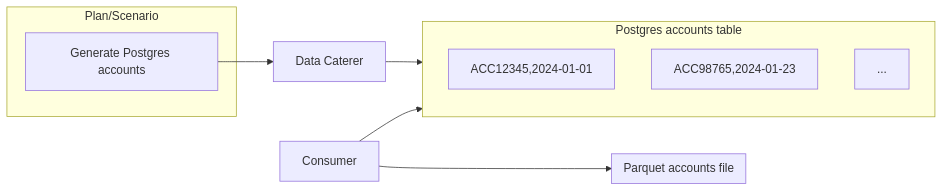
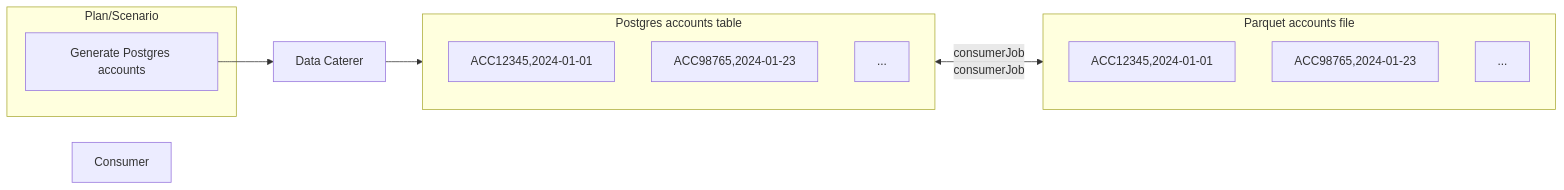
One commit to data-catering/data-caterer-docs changed the second of 2 diagrams in docs/setup/delete-data.md. Above: the diagram before and after it, drawn with Mermaid. The commit also changed 3 other files, not shown here.

Commit message:
Fix mermaid diagrams for delete data

````diff
--- a/docs/setup/delete-data.md
+++ b/docs/setup/delete-data.md
@@ -63,27 +63,27 @@
 ``` mermaid
 graph LR
   subgraph plan ["Plan/Scenario"]
     postgresAccount["Generate Postgres accounts"]
   end
   
   dataCaterer["Data Caterer"]
   
   subgraph postgresAccTable ["Postgres accounts table"]
     accountA["ACC12345,2024-01-01"]
     accountB["ACC98765,2024-01-23"]
     accountC["..."]
   end
   
   consumerJob["Consumer"]
   
   subgraph parquetAcc ["Parquet accounts file"]
-    accountA["ACC12345,2024-01-01"]
-    accountB["ACC98765,2024-01-23"]
-    accountC["..."]
+    accountParquetA["ACC12345,2024-01-01"]
+    accountParquetB["ACC98765,2024-01-23"]
+    accountParquetC["..."]
   end
   
   postgresAccount --> dataCaterer
   dataCaterer --> postgresAccTable
-  consumerJob --> postgresAccTable
+  postgresAccTable <-- consumerJob
   consumerJob --> parquetAcc
 ```
````
